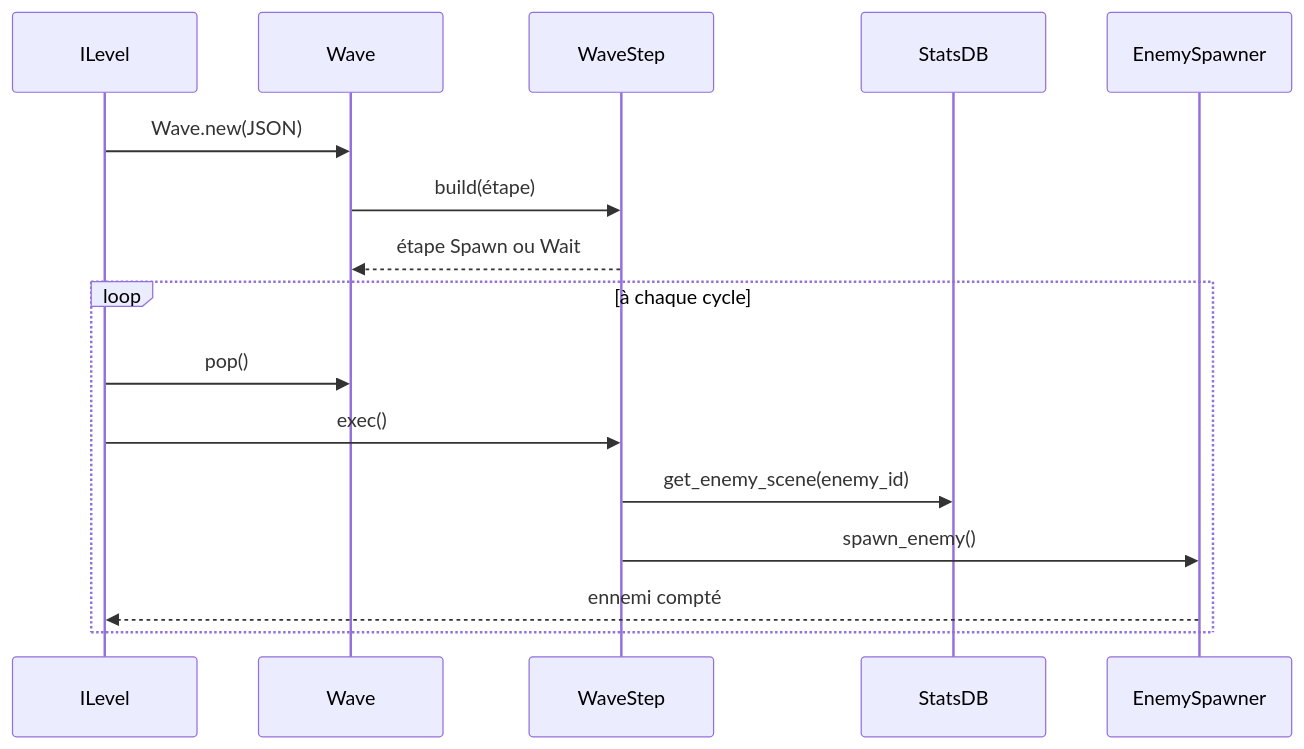
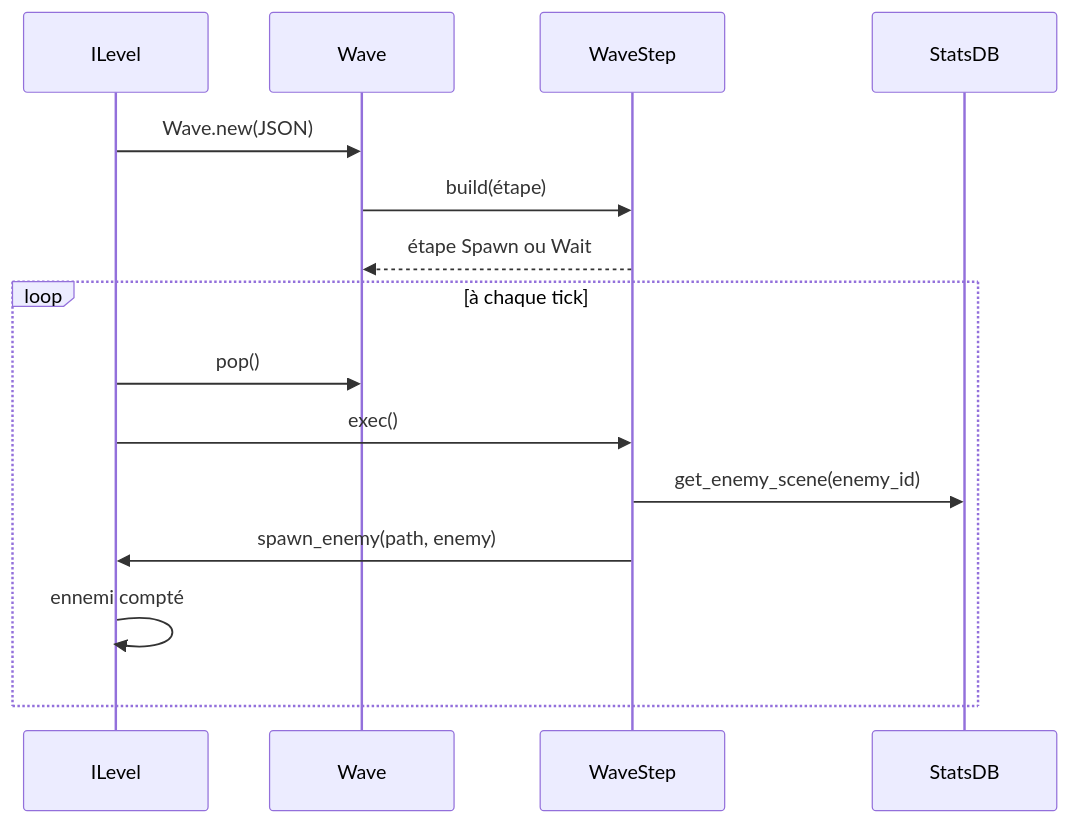
One commit to Cat-aclsym/documentation changed the first of 2 diagrams in src/content/docs/development/models/wave-model.mdx. Above: the diagram before and after it, drawn with Mermaid. The commit also changed other lines of this file and 14 other files, not shown here.

Commit message:
docs(models): Document the single state machine, the wave tick timer, ILevel.spawn_enemy, StatsDB.apply_fields and the paused gating of deferred effects.

````diff
--- a/src/content/docs/development/models/wave-model.mdx
+++ b/src/content/docs/development/models/wave-model.mdx
@@ -15,19 +15,18 @@
 ```mermaid
 sequenceDiagram
 	participant L as ILevel
 	participant W as Wave
 	participant S as WaveStep
 	participant D as StatsDB
-	participant E as EnemySpawner
 
 	L->>W: Wave.new(JSON)
 	W->>S: build(étape)
 	S-->>W: étape Spawn ou Wait
-	loop à chaque cycle
+	loop à chaque tick
 		L->>W: pop()
 		L->>S: exec()
 		S->>D: get_enemy_scene(enemy_id)
-		S->>E: spawn_enemy()
-		E-->>L: ennemi compté
+		S->>L: spawn_enemy(path, enemy)
+		L->>L: ennemi compté
 	end
 ```
````
